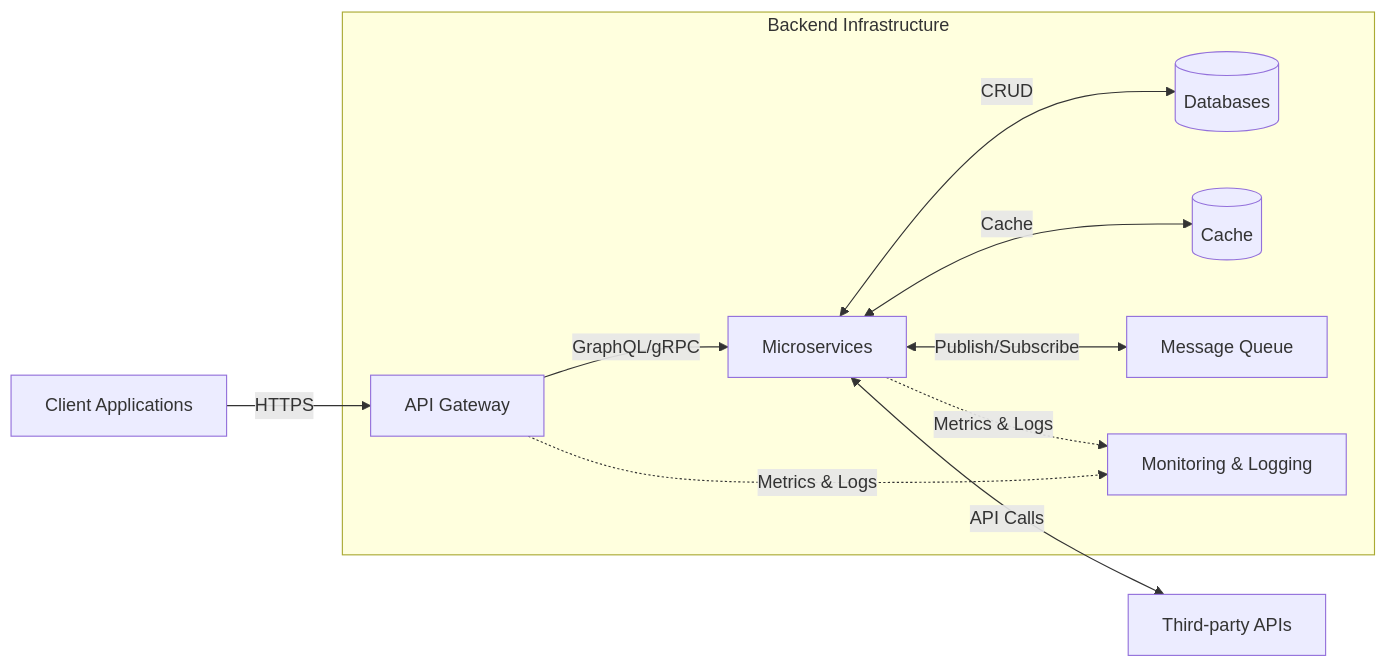
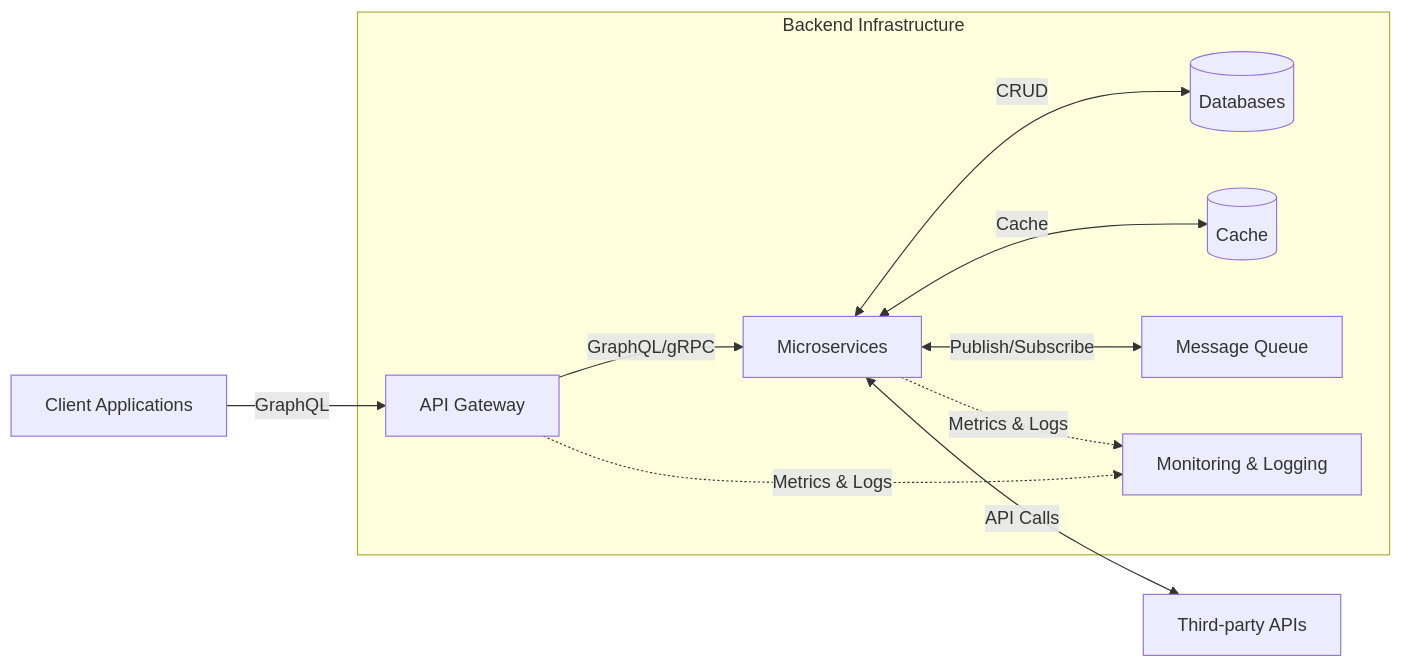
Before and after one commit to sagar6413/one-stop-solution: the first of 4 diagrams in project-backend (3).md, drawn with Mermaid.

Commit message:
Update project-backend (3).md

````diff
--- a/project-backend (3).md
+++ b/project-backend (3).md
@@ -61,29 +61,29 @@
 ```mermaid
 graph LR
  Client[Client Applications]
  AG[API Gateway]
  MS[Microservices]
  DB[(Databases)]
  Cache[(Cache)]
  MQ[Message Queue]
  TP[Third-party APIs]
  Monitor[Monitoring & Logging]
 
- Client -->|HTTPS| AG
+ Client -->|GraphQL| AG
  AG -->|GraphQL/gRPC| MS
  MS <-->|CRUD| DB
  MS <-->|Cache| Cache
  MS <-->|Publish/Subscribe| MQ
  MS <-->|API Calls| TP
  MS -.->|Metrics & Logs| Monitor
  AG -.->|Metrics & Logs| Monitor
 
  subgraph "Backend Infrastructure"
      AG
      MS
      DB
      Cache
      MQ
      Monitor
  end
 ```
````
